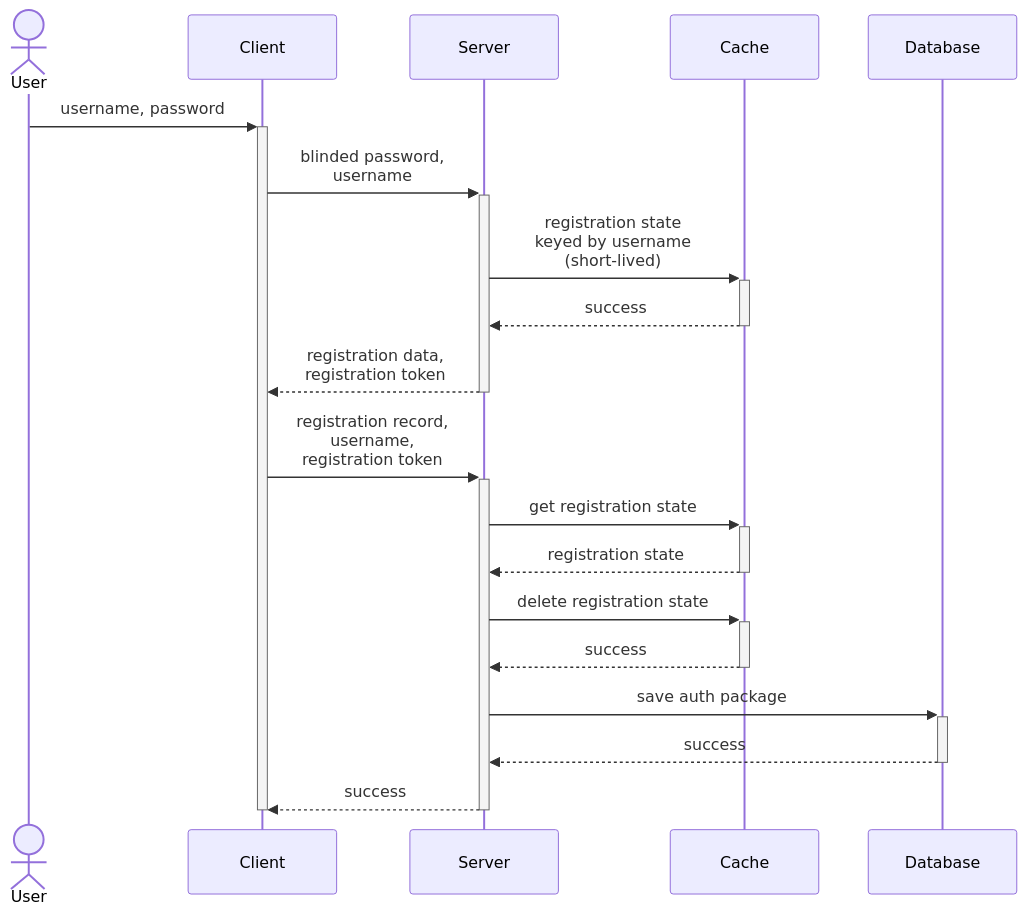
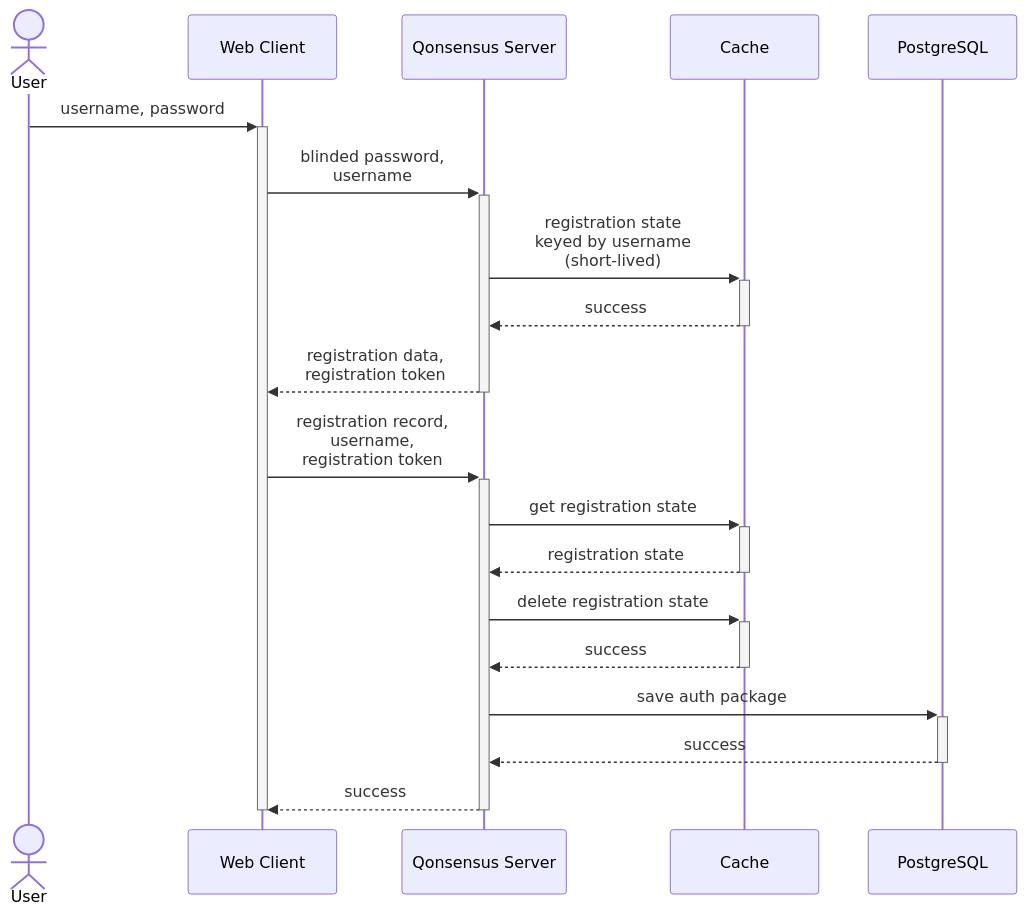
One commit to qonsensus/server changed the diagram in src/auth/README.md. Above: the diagram before and after it, drawn with Mermaid.

Commit message:
doc: adjusted naming for actors and participants in registration diagram

````diff
--- a/src/auth/README.md
+++ b/src/auth/README.md
@@ -7,22 +7,22 @@
 ```mermaid
 sequenceDiagram
     actor User
-    participant Client
-    participant Server
+    participant Web Client
+    participant Qonsensus Server
     participant Cache
-    participant Database
-    User->>+Client: username, password
-    Client->>+Server: blinded password,<br/>username
-    Server->>+Cache: registration state<br/>keyed by username<br/>(short-lived)
-    Cache-->>-Server: success
-    Server-->>-Client: registration data,<br/>registration token 
-    Client->>+Server: registration record,<br/>username,<br/>registration token
-    Server->>+Cache: get registration state
-    Cache-->>-Server: registration state
-    Server->>+Cache: delete registration state
-    Cache-->>-Server: success
-    Server->>+Database: save auth package
-    Database-->>-Server: success
-    Server-->>-Client: success
-    deactivate Client
+    participant PostgreSQL
+    User->>+Web Client: username, password
+    Web Client->>+Qonsensus Server: blinded password,<br/>username
+    Qonsensus Server->>+Cache: registration state<br/>keyed by username<br/>(short-lived)
+    Cache-->>-Qonsensus Server: success
+    Qonsensus Server-->>-Web Client: registration data,<br/>registration token 
+    Web Client->>+Qonsensus Server: registration record,<br/>username,<br/>registration token
+    Qonsensus Server->>+Cache: get registration state
+    Cache-->>-Qonsensus Server: registration state
+    Qonsensus Server->>+Cache: delete registration state
+    Cache-->>-Qonsensus Server: success
+    Qonsensus Server->>+PostgreSQL: save auth package
+    PostgreSQL-->>-Qonsensus Server: success
+    Qonsensus Server-->>-Web Client: success
+    deactivate Web Client
 ```
````
